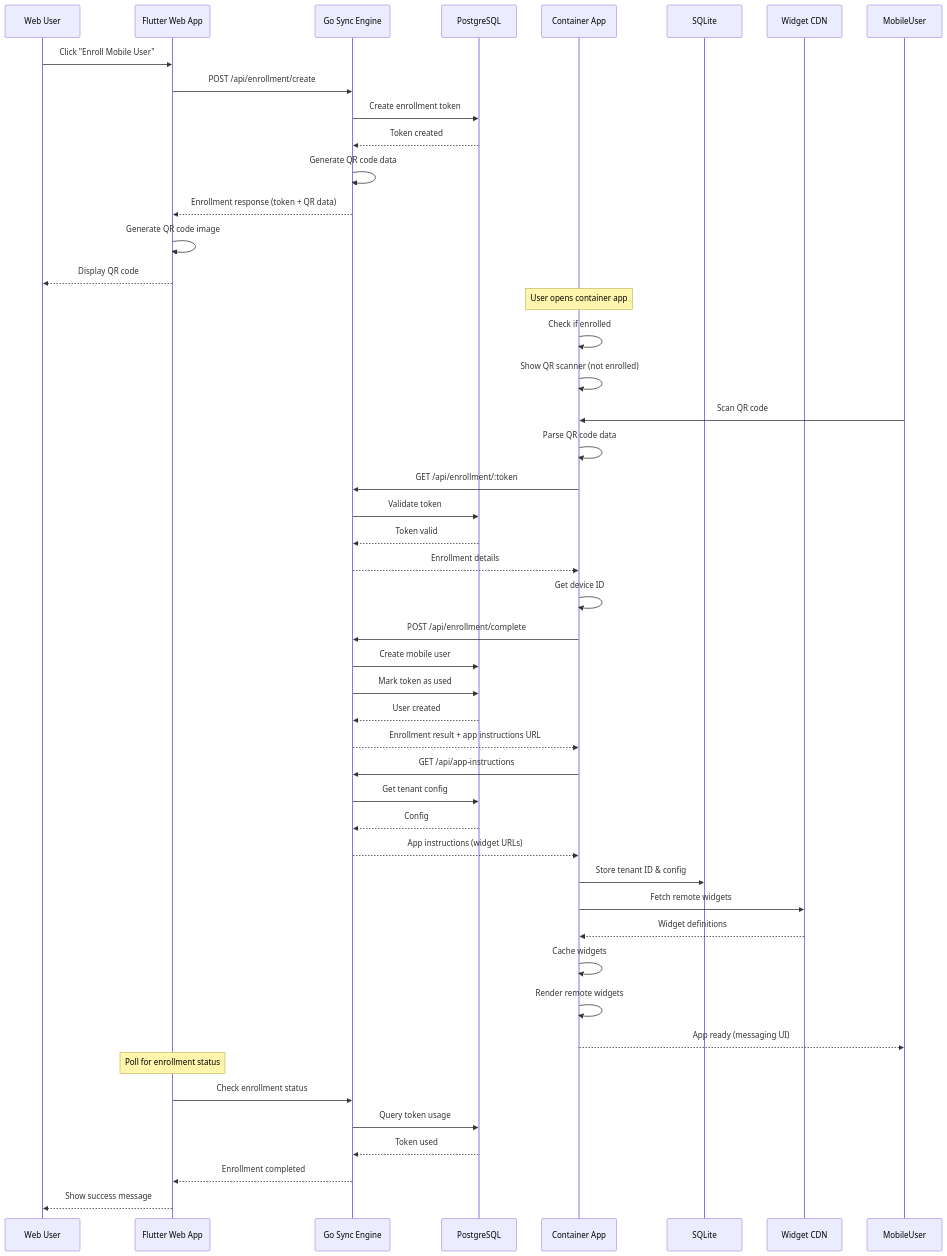
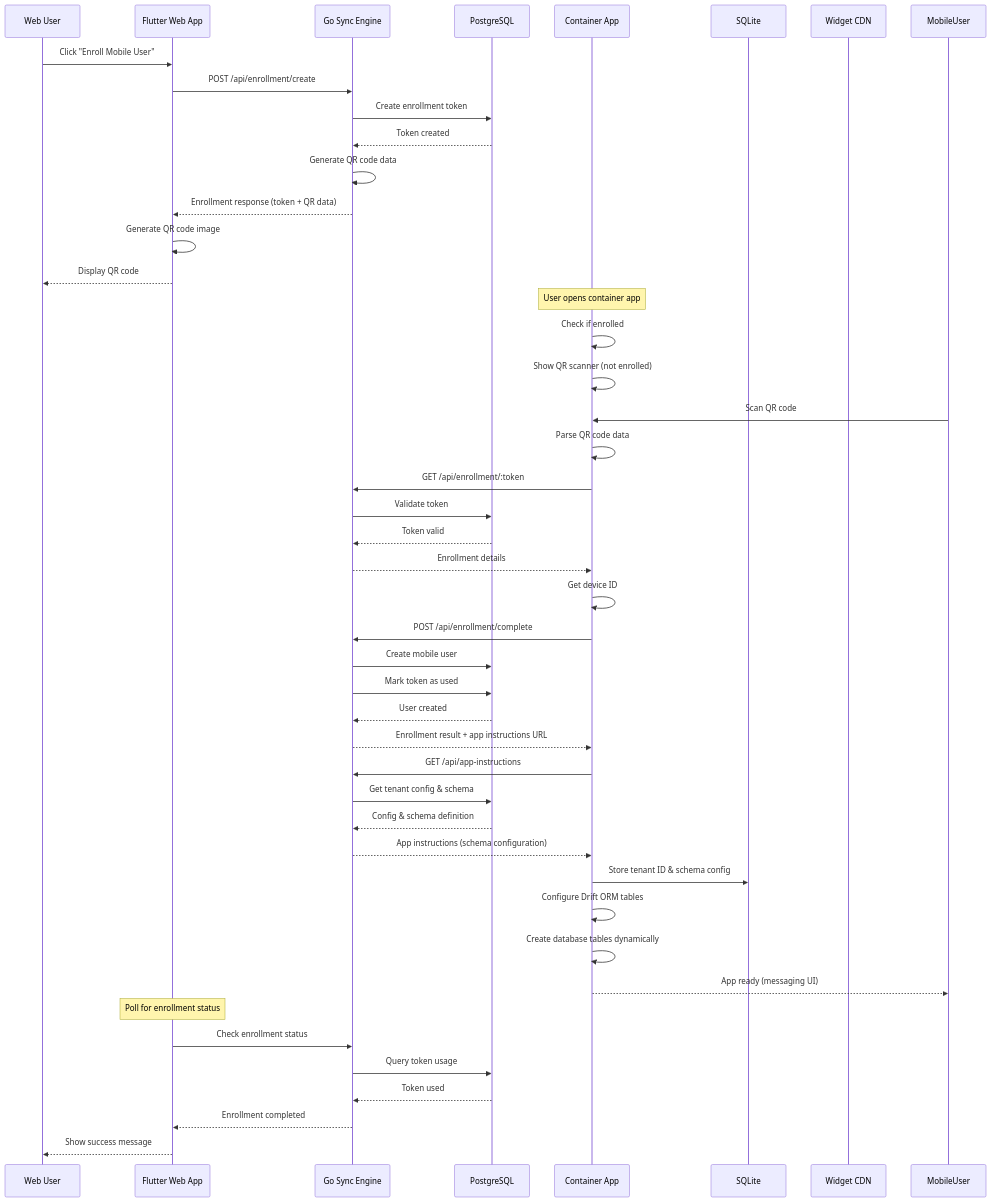
The ninth of 10 diagrams in specs/data-flow-diagrams.md (ajgreyling/posduif), drawn with Mermaid before and after one commit. The commit also changed 81 other files, not shown here.

Commit message:
Use Yaml for worflows and schema

````diff
--- a/specs/data-flow-diagrams.md
+++ b/specs/data-flow-diagrams.md
@@ -294,55 +294,53 @@
 ```mermaid
 sequenceDiagram
     participant WebUser as Web User
     participant WebApp as Flutter Web App
     participant API as Go Sync Engine
     participant DB as PostgreSQL
     participant MobileApp as Container App
     participant MobileDB as SQLite
     participant WidgetCDN as Widget CDN
 
     WebUser->>WebApp: Click "Enroll Mobile User"
     WebApp->>API: POST /api/enrollment/create
     API->>DB: Create enrollment token
     DB-->>API: Token created
     API->>API: Generate QR code data
     API-->>WebApp: Enrollment response (token + QR data)
     WebApp->>WebApp: Generate QR code image
     WebApp-->>WebUser: Display QR code
     
     Note over MobileApp: User opens container app
     MobileApp->>MobileApp: Check if enrolled
     MobileApp->>MobileApp: Show QR scanner (not enrolled)
     MobileUser->>MobileApp: Scan QR code
     MobileApp->>MobileApp: Parse QR code data
     MobileApp->>API: GET /api/enrollment/:token
     API->>DB: Validate token
     DB-->>API: Token valid
     API-->>MobileApp: Enrollment details
     
     MobileApp->>MobileApp: Get device ID
     MobileApp->>API: POST /api/enrollment/complete
     API->>DB: Create mobile user
     API->>DB: Mark token as used
     DB-->>API: User created
     API-->>MobileApp: Enrollment result + app instructions URL
     
     MobileApp->>API: GET /api/app-instructions
-    API->>DB: Get tenant config
-    DB-->>API: Config
-    API-->>MobileApp: App instructions (widget URLs)
+    API->>DB: Get tenant config & schema
+    DB-->>API: Config & schema definition
+    API-->>MobileApp: App instructions (schema configuration)
     
-    MobileApp->>MobileDB: Store tenant ID & config
-    MobileApp->>WidgetCDN: Fetch remote widgets
-    WidgetCDN-->>MobileApp: Widget definitions
-    MobileApp->>MobileApp: Cache widgets
-    MobileApp->>MobileApp: Render remote widgets
+    MobileApp->>MobileDB: Store tenant ID & schema config
+    MobileApp->>MobileApp: Configure Drift ORM tables
+    MobileApp->>MobileApp: Create database tables dynamically
     MobileApp-->>MobileUser: App ready (messaging UI)
     
     Note over WebApp: Poll for enrollment status
     WebApp->>API: Check enrollment status
     API->>DB: Query token usage
     DB-->>API: Token used
     API-->>WebApp: Enrollment completed
     WebApp-->>WebUser: Show success message
 ```
````
